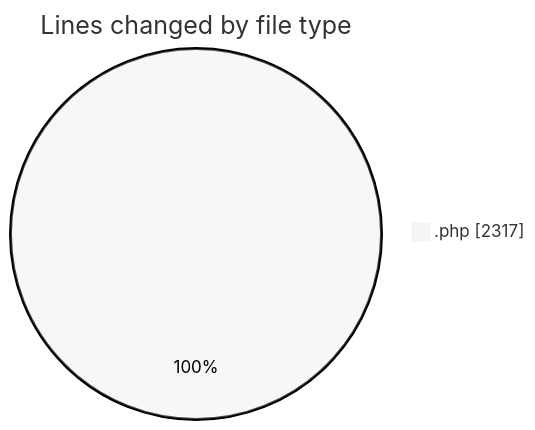
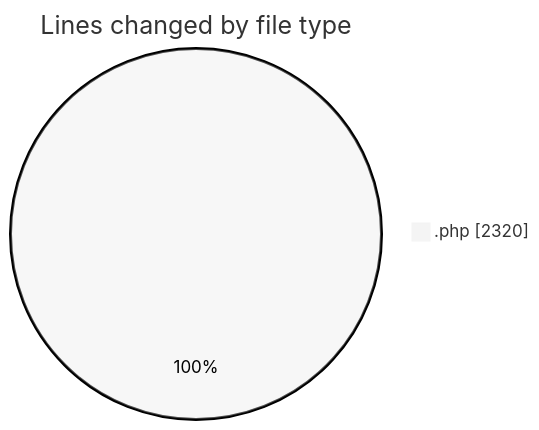
One commit to debugP/code-tracking changed the first of 2 diagrams in 2025-10-08/untitled__workspace_/README.md. Above: the diagram before and after it, drawn with Mermaid (neutral theme). The commit also changed other lines of this file and 1 other file, not shown here.

````diff
--- a/2025-10-08/untitled__workspace_/README.md
+++ b/2025-10-08/untitled__workspace_/README.md
@@ -24,5 +24,5 @@
 ```mermaid
 pie showData
 title Lines changed by file type
-".php" : 2317
+".php" : 2320
 ```
````
